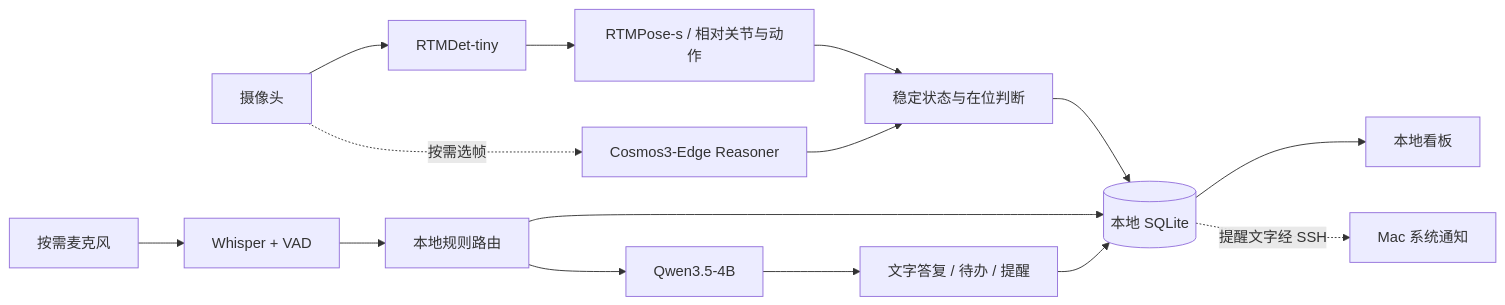
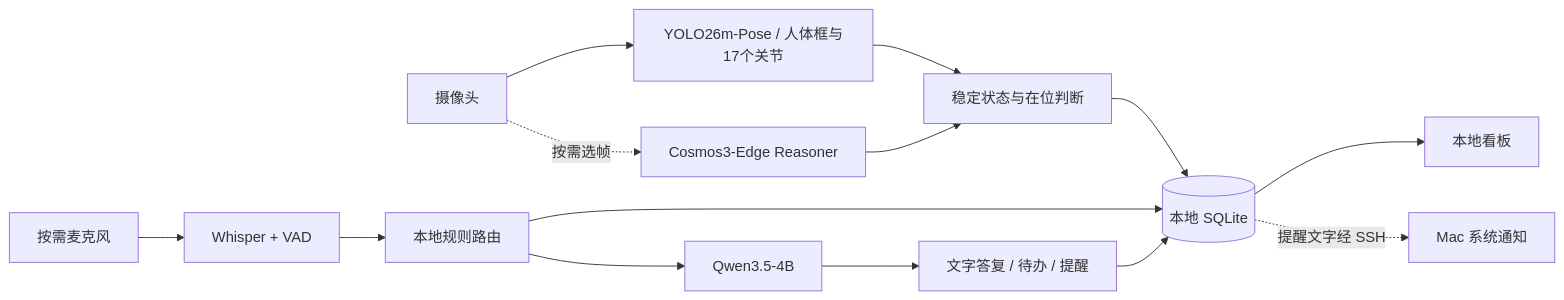
One commit to orange90/deskside-orin changed the diagram in README.md. Above: the diagram before and after it, drawn with Mermaid. The commit also changed other lines of this file and 27 other files, not shown here.

Commit message:
Deploy YOLO26m-Pose for on-device person and pose inference

````diff
--- a/README.md
+++ b/README.md
@@ -22,17 +22,16 @@
 ```mermaid
 flowchart LR
-    Camera[摄像头] --> Detector[RTMDet-tiny]
-    Detector --> Pose[RTMPose-s / 相对关节与动作]
+    Camera[摄像头] --> Pose[YOLO26m-Pose / 人体框与17个关节]
     Pose --> State[稳定状态与在位判断]
     Camera -. 按需选帧 .-> Cosmos[Cosmos3-Edge Reasoner]
     Cosmos --> State
     State --> DB[(本地 SQLite)]
     Mic[按需麦克风] --> Whisper[Whisper + VAD]
     Whisper --> Router[本地规则路由]
     Router --> Qwen[Qwen3.5-4B]
     Router --> DB
     Qwen --> Tasks[文字答复 / 待办 / 提醒]
     Tasks --> DB
     DB --> Dashboard[本地看板]
     DB -. 提醒文字经 SSH .-> Mac[Mac 系统通知]
 ```
````
